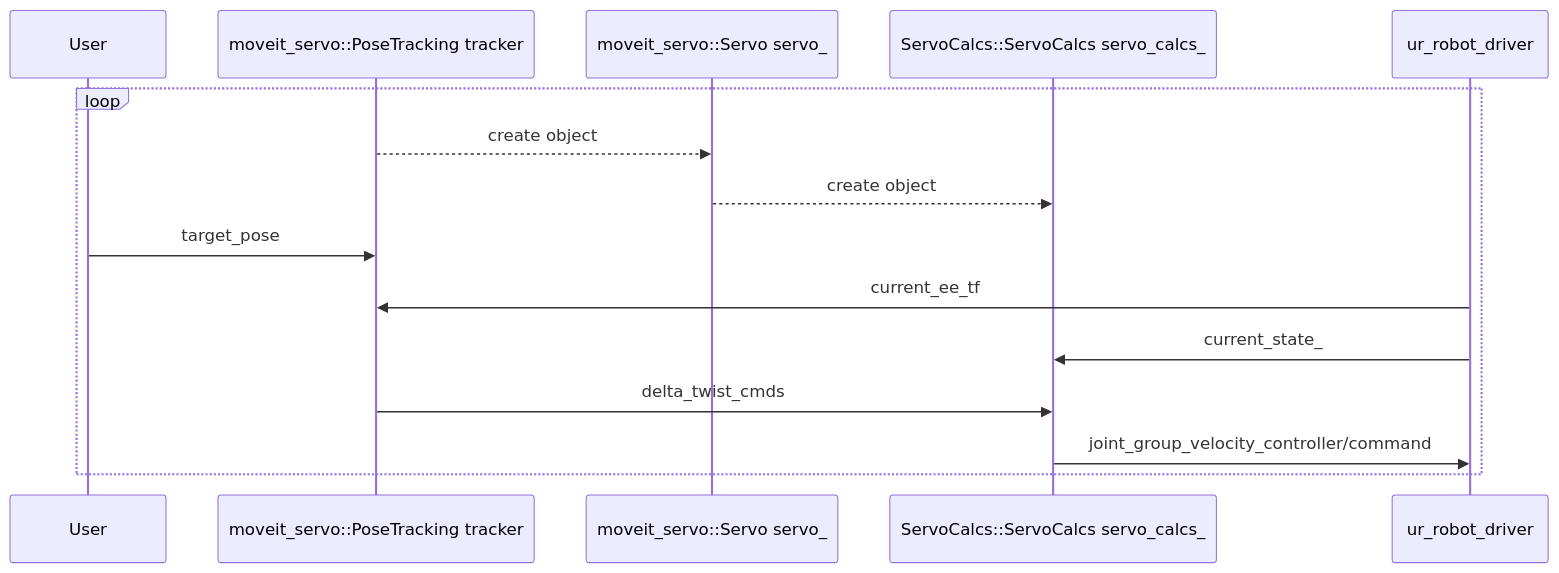
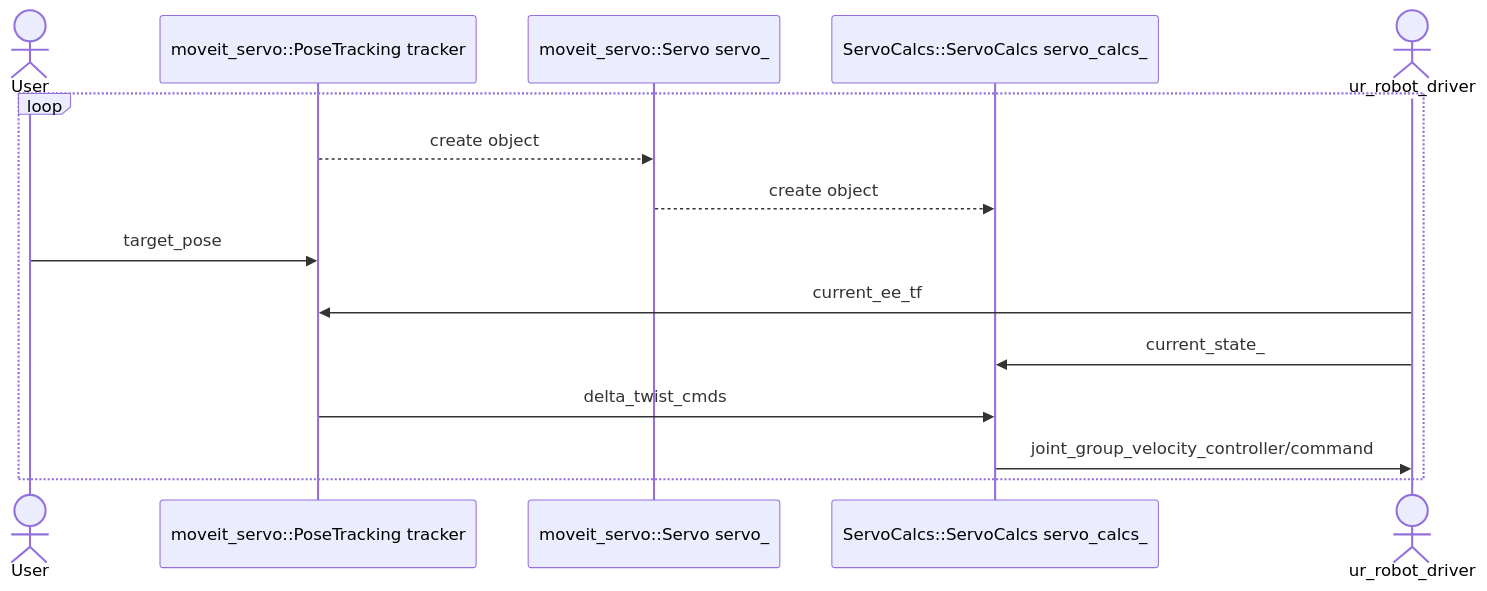
The diagram in docs/day3-4.md (kemjensak/isaac_sim_tutorial), drawn with Mermaid before and after one commit. The commit also changed other lines of this file, not shown here.

Commit message:
docs/day3-4.md updated from https://stackedit.io/

````diff
--- a/docs/day3-4.md
+++ b/docs/day3-4.md
@@ -121,19 +121,19 @@
 ```mermaid 
 sequenceDiagram 
-	 participant user as User
+	 actor user as User
 	 participant A as moveit_servo::PoseTracking tracker
 	 participant B as moveit_servo::Servo servo_ 
 	 participant C as ServoCalcs::ServoCalcs servo_calcs_  
-	 participant D as ur_robot_driver 
+	 actor D as ur_robot_driver 
 	 loop
 	 
 	 A-->>B:create object
 	 B-->>C:create object
 	 user->>A: target_pose 
 	 D->>A: current_ee_tf
 	 D->>C: current_state_
 	 A->>C: delta_twist_cmds
 	 C->>D: joint_group_velocity_controller/command
 	 
 	 end
 ```
````
